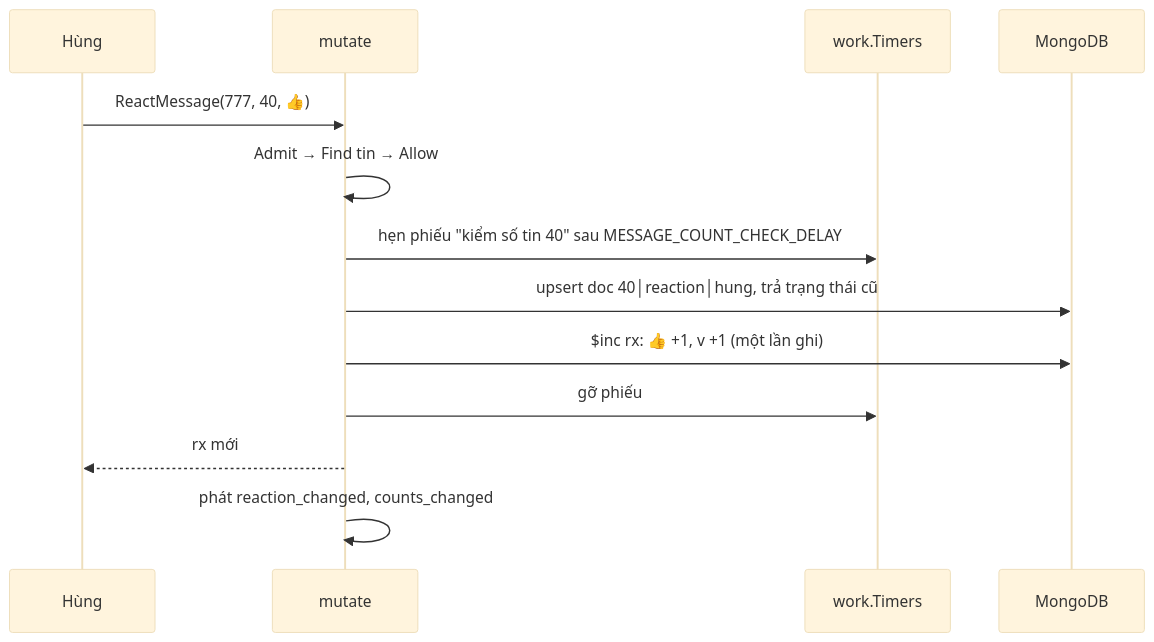
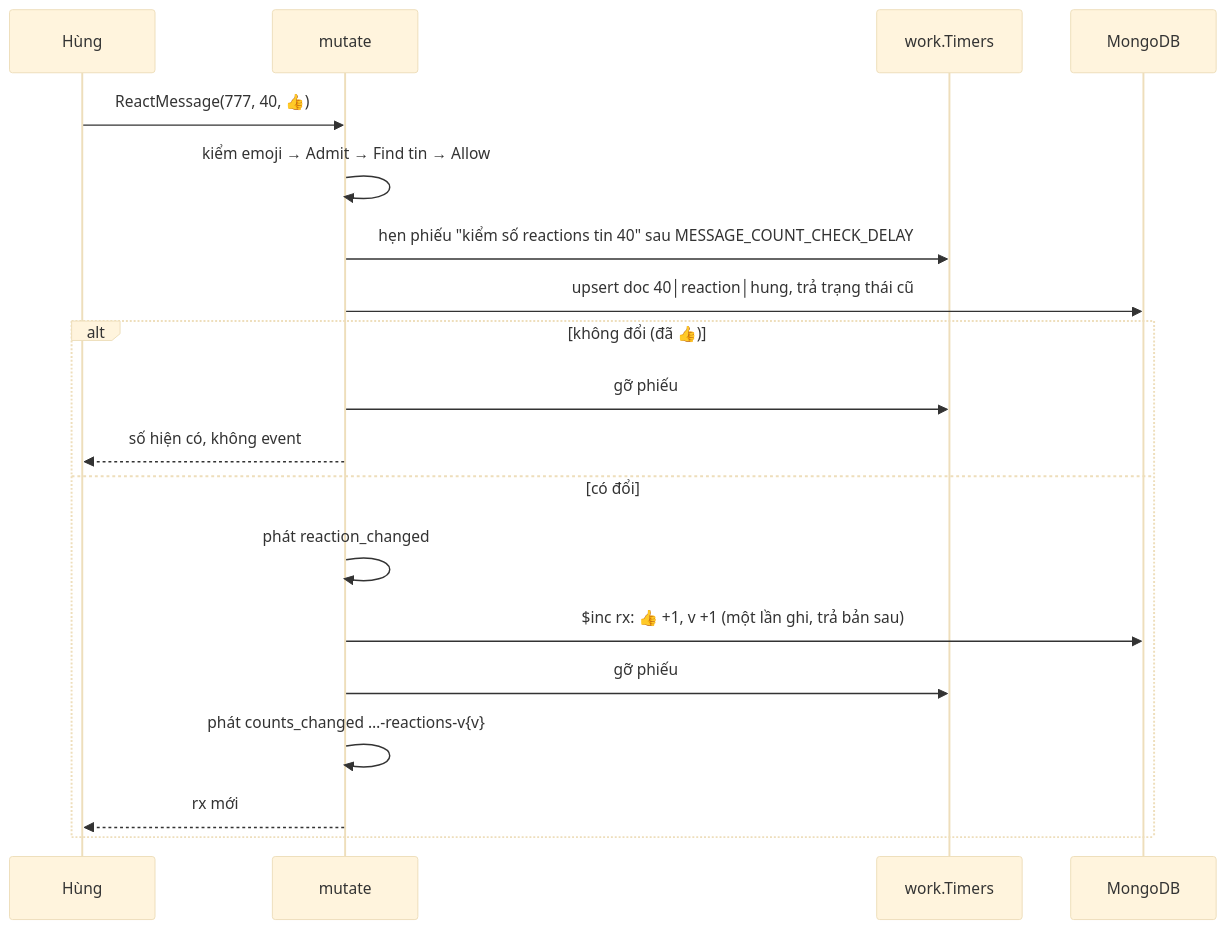
One commit to ivannguyendev/chatim changed the second of 3 diagrams in docs/plans/2026-10-10-m2c-threads-mentions-summary.md. Above: the diagram before and after it, drawn with Mermaid (base theme). The commit also changed other lines of this file and 6 other files, not shown here.

````diff
--- a/docs/plans/2026-10-10-m2c-threads-mentions-summary.md
+++ b/docs/plans/2026-10-10-m2c-threads-mentions-summary.md
@@ -137,15 +178,21 @@
 ```mermaid
 sequenceDiagram
   participant H as Hùng
   participant MU as mutate
   participant T as work.Timers
   participant DB as MongoDB
   H->>MU: ReactMessage(777, 40, 👍)
-  MU->>MU: Admit → Find tin → Allow
-  MU->>T: hẹn phiếu "kiểm số tin 40" sau MESSAGE_COUNT_CHECK_DELAY
+  MU->>MU: kiểm emoji → Admit → Find tin → Allow
+  MU->>T: hẹn phiếu "kiểm số reactions tin 40" sau MESSAGE_COUNT_CHECK_DELAY
   MU->>DB: upsert doc 40│reaction│hung, trả trạng thái cũ
-  MU->>DB: $inc rx: 👍 +1, v +1 (một lần ghi)
-  MU->>T: gỡ phiếu
-  MU-->>H: rx mới
-  MU->>MU: phát reaction_changed, counts_changed
+  alt không đổi (đã 👍)
+    MU->>T: gỡ phiếu
+    MU-->>H: số hiện có, không event
+  else có đổi
+    MU->>MU: phát reaction_changed
+    MU->>DB: $inc rx: 👍 +1, v +1 (một lần ghi, trả bản sau)
+    MU->>T: gỡ phiếu
+    MU->>MU: phát counts_changed …-reactions-v{v}
+    MU-->>H: rx mới
+  end
 ```
````
